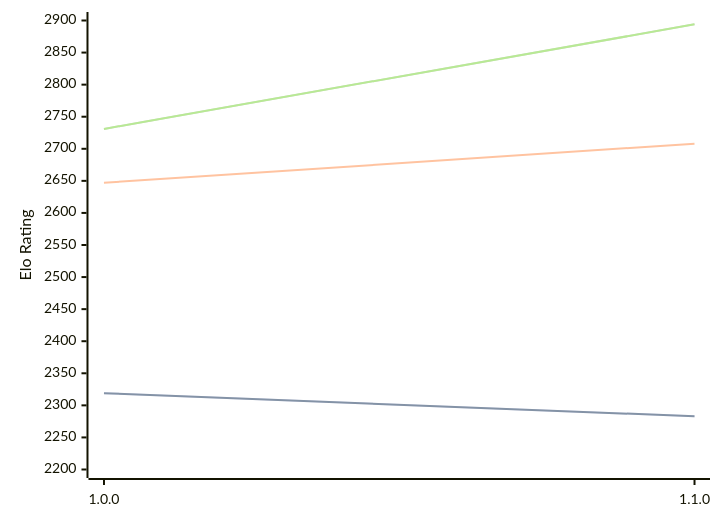
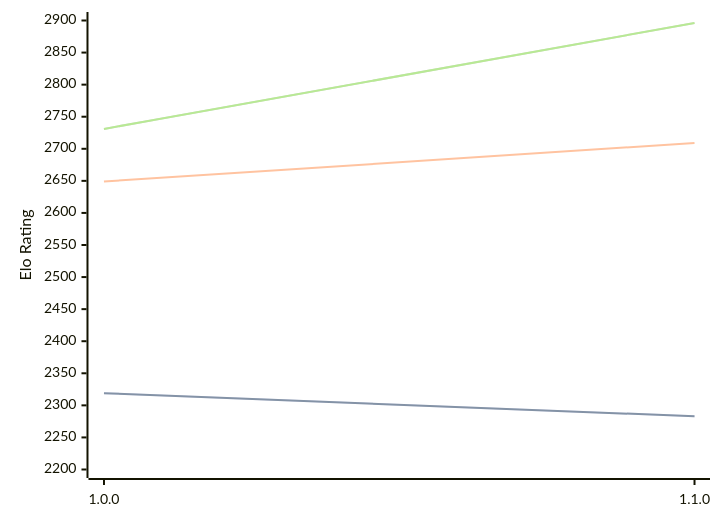
Before and after one commit to computer-chess-index/cci: the first of 3 diagrams in engines/ShallowGuess.md, drawn with Mermaid. The commit also changed other lines of this file, not shown here.

Commit message:
Update CCI Ratings (ELO VLTC) - 2026-06-22

````diff
--- a/engines/ShallowGuess.md
+++ b/engines/ShallowGuess.md
@@ -36,11 +36,11 @@
 ```mermaid
 %%{init: {"theme":"base","themeVariables":{"seriesColors:['#a3a3a3','#222221','#faa371']}}}%%
 xychart-beta
   x-axis ["1.0.0", "1.1.0"]
   y-axis "Elo Rating" 2200 --> 2900
   line "STC (8.0+0.08s)" [2319, 2283]
   line "STC (8.0+0.08s)" [2319, 2283]
-  line "LTC (60.0+0.60s)" [2647, 2708]
-  line "VLTC (2m24s+1.12s)" [2731, 2894]
-  line "VLTC (2m24s+1.12s)" [2731, 2894]
+  line "LTC (60.0+0.60s)" [2649, 2709]
+  line "VLTC (2m24s+1.12s)" [2731, 2896]
+  line "VLTC (2m24s+1.12s)" [2731, 2896]
 ```
````
